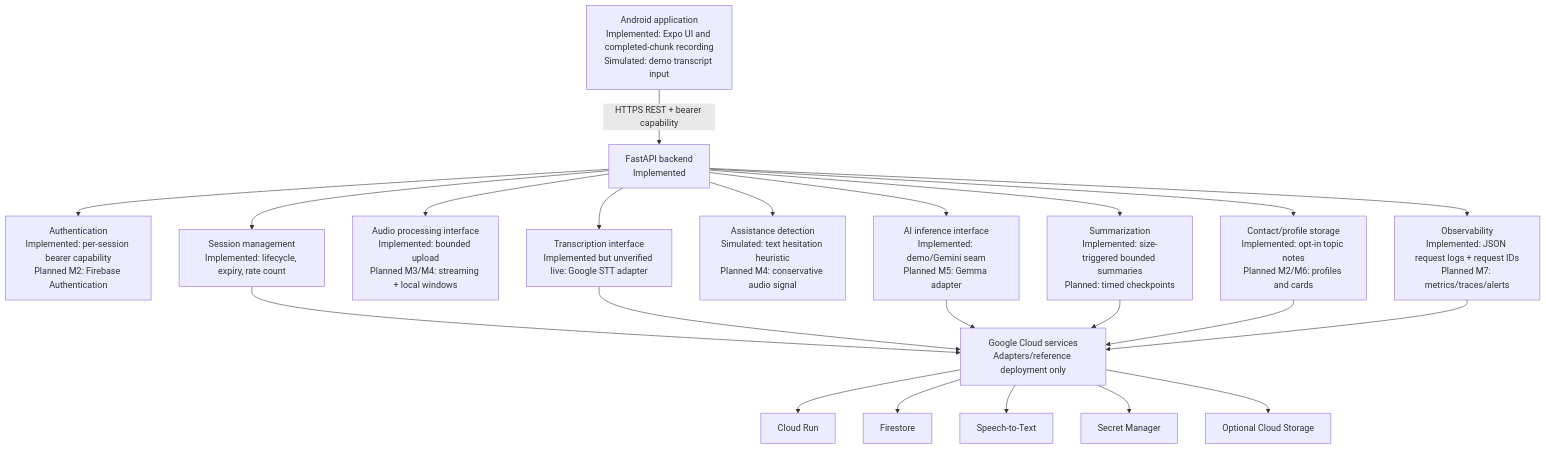
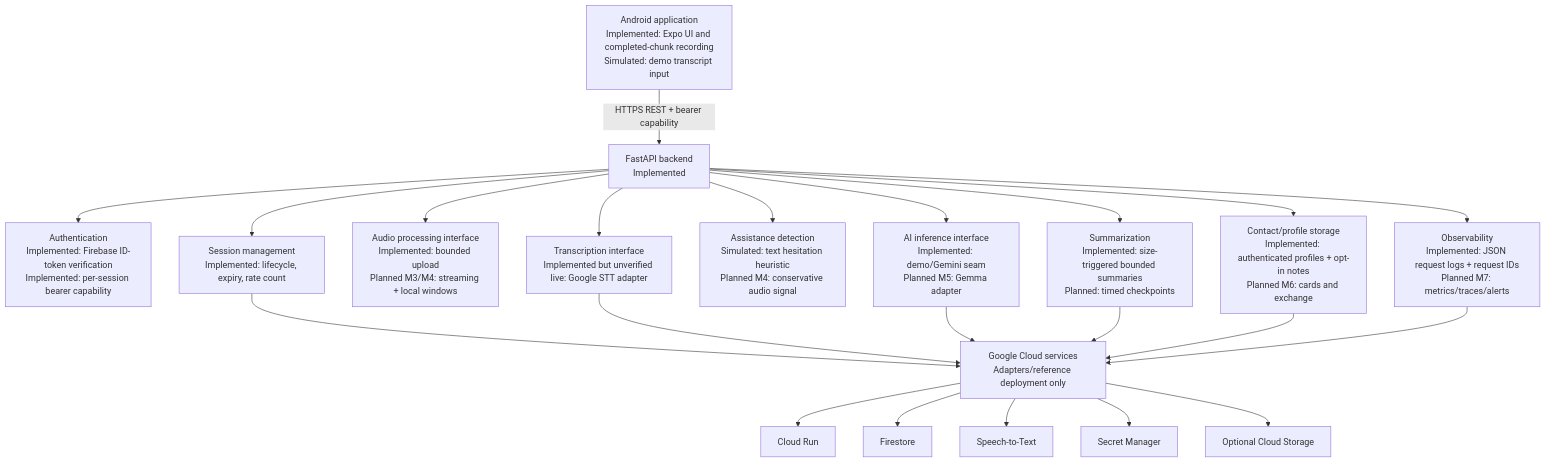
One commit to honeyreddydaram/Wings changed the first of 2 diagrams in docs/ARCHITECTURE.md. Above: the diagram before and after it, drawn with Mermaid. The commit also changed other lines of this file and 23 other files, not shown here.

````diff
--- a/docs/ARCHITECTURE.md
+++ b/docs/ARCHITECTURE.md
@@ -9,19 +9,19 @@
 ```mermaid
 flowchart TB
     A[Android application<br/>Implemented: Expo UI and completed-chunk recording<br/>Simulated: demo transcript input] -->|HTTPS REST + bearer capability| B[FastAPI backend<br/>Implemented]
-    B --> C[Authentication<br/>Implemented: per-session bearer capability<br/>Planned M2: Firebase Authentication]
+    B --> C[Authentication<br/>Implemented: Firebase ID-token verification<br/>Implemented: per-session bearer capability]
     B --> D[Session management<br/>Implemented: lifecycle, expiry, rate count]
     B --> E[Audio processing interface<br/>Implemented: bounded upload<br/>Planned M3/M4: streaming + local windows]
     B --> F[Transcription interface<br/>Implemented but unverified live: Google STT adapter]
     B --> G[Assistance detection<br/>Simulated: text hesitation heuristic<br/>Planned M4: conservative audio signal]
     B --> H[AI inference interface<br/>Implemented: demo/Gemini seam<br/>Planned M5: Gemma adapter]
     B --> I[Summarization<br/>Implemented: size-triggered bounded summaries<br/>Planned: timed checkpoints]
-    B --> J[Contact/profile storage<br/>Implemented: opt-in topic notes<br/>Planned M2/M6: profiles and cards]
+    B --> J[Contact/profile storage<br/>Implemented: authenticated profiles + opt-in notes<br/>Planned M6: cards and exchange]
     B --> K[Observability<br/>Implemented: JSON request logs + request IDs<br/>Planned M7: metrics/traces/alerts]
     D & F & H & I & J & K --> L[Google Cloud services<br/>Adapters/reference deployment only]
     L --> L1[Cloud Run]
     L --> L2[Firestore]
     L --> L3[Speech-to-Text]
     L --> L4[Secret Manager]
     L --> L5[Optional Cloud Storage]
 ```
````
